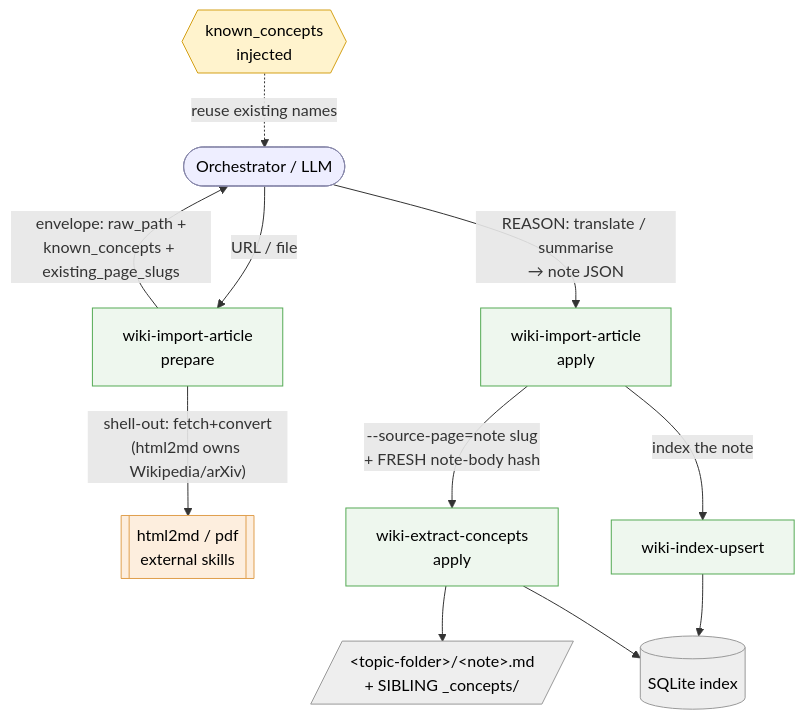
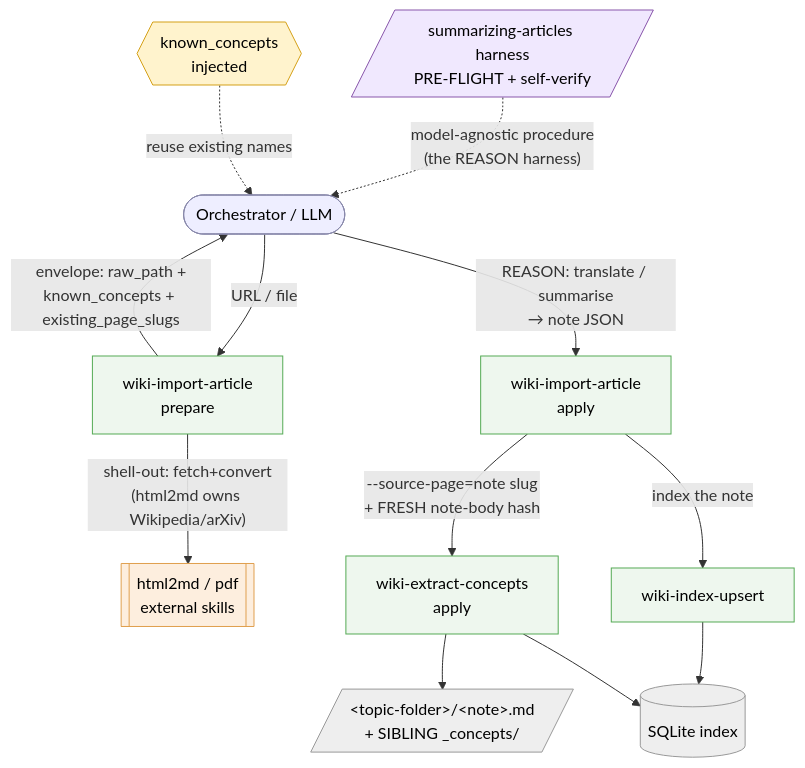
The third of 4 diagrams in docs/architectures/functional-architecture.md (MatrixFounder/llm-wiki), drawn with Mermaid before and after one commit. The commit also changed other lines of this file and 5 other files, not shown here.

First line of the commit message:
TASK 038 — add summarizing-articles harness (model-agnostic REASON step) + harden verbatim-quote

````diff
--- a/docs/architectures/functional-architecture.md
+++ b/docs/architectures/functional-architecture.md
@@ -741,28 +741,31 @@
 ```mermaid
 flowchart TD
     O(["Orchestrator / LLM"])
     PP["wiki-import-article<br/>prepare"]
     H[["html2md / pdf<br/>external skills"]]
+    SA[/"summarizing-articles harness<br/>PRE-FLIGHT + self-verify"/]
     AP["wiki-import-article<br/>apply"]
     EC["wiki-extract-concepts<br/>apply"]
     UP["wiki-index-upsert"]
     KC{{"known_concepts<br/>injected"}}
     FS[/"&lt;topic-folder&gt;/&lt;note&gt;.md<br/>+ SIBLING _concepts/"/]
     DB[("SQLite index")]
     O -->|"URL / file"| PP
     PP -->|"shell-out: fetch+convert<br/>(html2md owns Wikipedia/arXiv)"| H
     PP -->|"envelope: raw_path +<br/>known_concepts + existing_page_slugs"| O
+    SA -.->|"model-agnostic procedure<br/>(the REASON harness)"| O
     KC -.->|"reuse existing names"| O
     O -->|"REASON: translate / summarise<br/>→ note JSON"| AP
     AP -->|"--source-page=note slug<br/>+ FRESH note-body hash"| EC
     AP -->|"index the note"| UP
     EC --> FS
     UP --> DB
     EC --> DB
     classDef llm fill:#eef,stroke:#88a,color:#000;
     classDef cli fill:#eef7ee,stroke:#5a5,color:#000;
     classDef ext fill:#fdeede,stroke:#e0a050,color:#000;
     classDef disc fill:#fff3cd,stroke:#d4a017,color:#000;
     classDef store fill:#eee,stroke:#999,color:#000;
-    class O llm; class PP,AP,EC,UP cli; class H ext; class KC disc; class FS,DB store;
+    classDef harness fill:#f0e8fe,stroke:#85a,color:#000;
+    class O llm; class PP,AP,EC,UP cli; class H ext; class KC disc; class FS,DB store; class SA harness;
 ```
````
